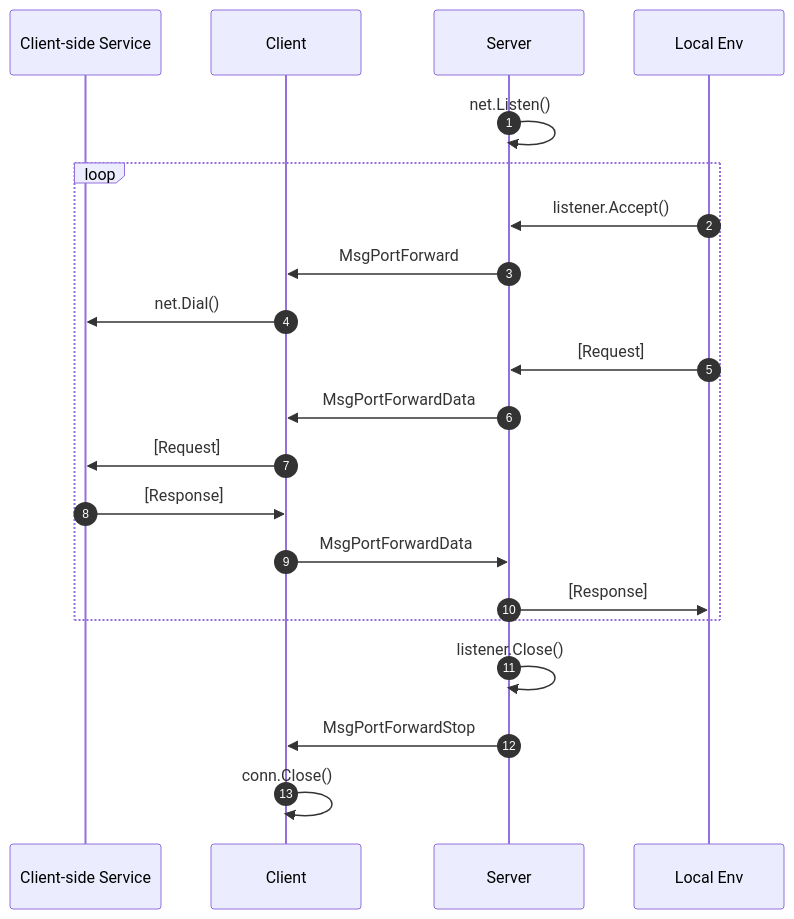
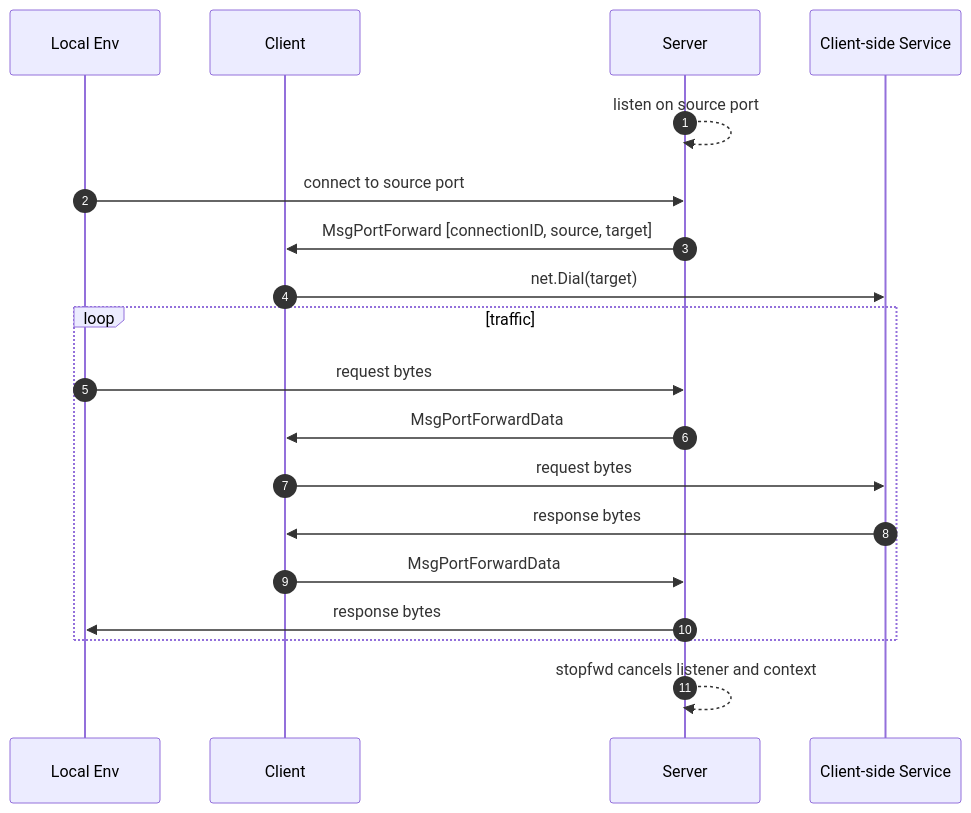
The fifth of 6 diagrams in content/docs/(siren)/protocol.mdx (SignorMercurio/siren_docs), drawn with Mermaid before and after one commit. The commit also changed other lines of this file and 41 other files, not shown here.

````diff
--- a/content/docs/(siren)/protocol.mdx
+++ b/content/docs/(siren)/protocol.mdx
@@ -163,23 +166,21 @@
 ```mermaid
 sequenceDiagram
     autonumber
-    participant CS as Client-side Service
+    participant L as Local Env
     participant C as Client
     participant S as Server
-    participant L as Local Env
-    S->>S: net.Listen()
-    loop
-        L->>S: listener.Accept()
-        S->>C: MsgPortForward
-        C->>CS: net.Dial()
-        L->>S: [Request]
+    participant CS as Client-side Service
+    S-->>S: listen on source port
+    L->>S: connect to source port
+    S->>C: MsgPortForward [connectionID, source, target]
+    C->>CS: net.Dial(target)
+    loop traffic
+        L->>S: request bytes
         S->>C: MsgPortForwardData
-        C->>CS: [Request]
-        CS->>C: [Response]
+        C->>CS: request bytes
+        CS->>C: response bytes
         C->>S: MsgPortForwardData
-        S->>L: [Response]
+        S->>L: response bytes
     end
-    S->>S: listener.Close()
-    S->>C: MsgPortForwardStop
-    C->>C: conn.Close()
+    S-->>S: stopfwd cancels listener and context
 ```
````
